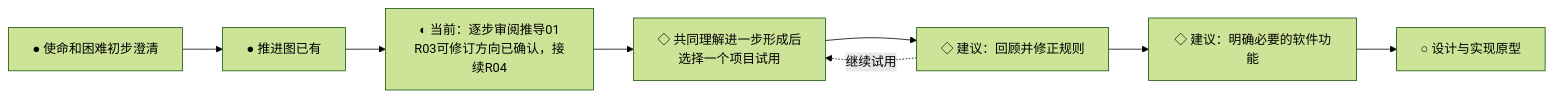
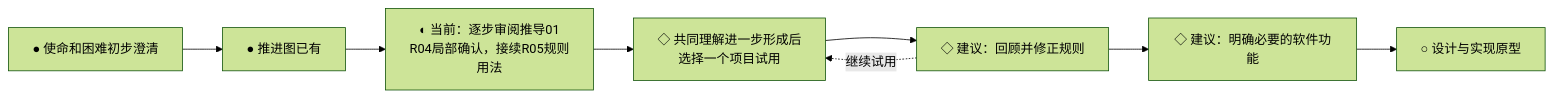
One commit to fangjiaqi2023-jpg/life-flywheel changed the second of 2 diagrams in 项目/人生飞轮/项目推进图.md. Above: the diagram before and after it, drawn with Mermaid (forest theme). The commit also changed other lines of this file, not shown here.

````diff
--- a/项目/人生飞轮/项目推进图.md
+++ b/项目/人生飞轮/项目推进图.md
@@ -38,10 +38,10 @@
 ```mermaid
 flowchart LR
     P0[● 使命和困难初步澄清] --> P1[● 推进图已有]
-    P1 --> P2[◐ 当前：逐步审阅推导01<br/>R03可修订方向已确认，接续R04]
+    P1 --> P2[◐ 当前：逐步审阅推导01<br/>R04局部确认，接续R05规则用法]
     P2 --> P3[◇ 共同理解进一步形成后<br/>选择一个项目试用]
     P3 --> P4[◇ 建议：回顾并修正规则]
     P4 --> P5[◇ 建议：明确必要的软件功能]
     P5 --> P6[○ 设计与实现原型]
     P4 -.继续试用.-> P3
 ```
````
